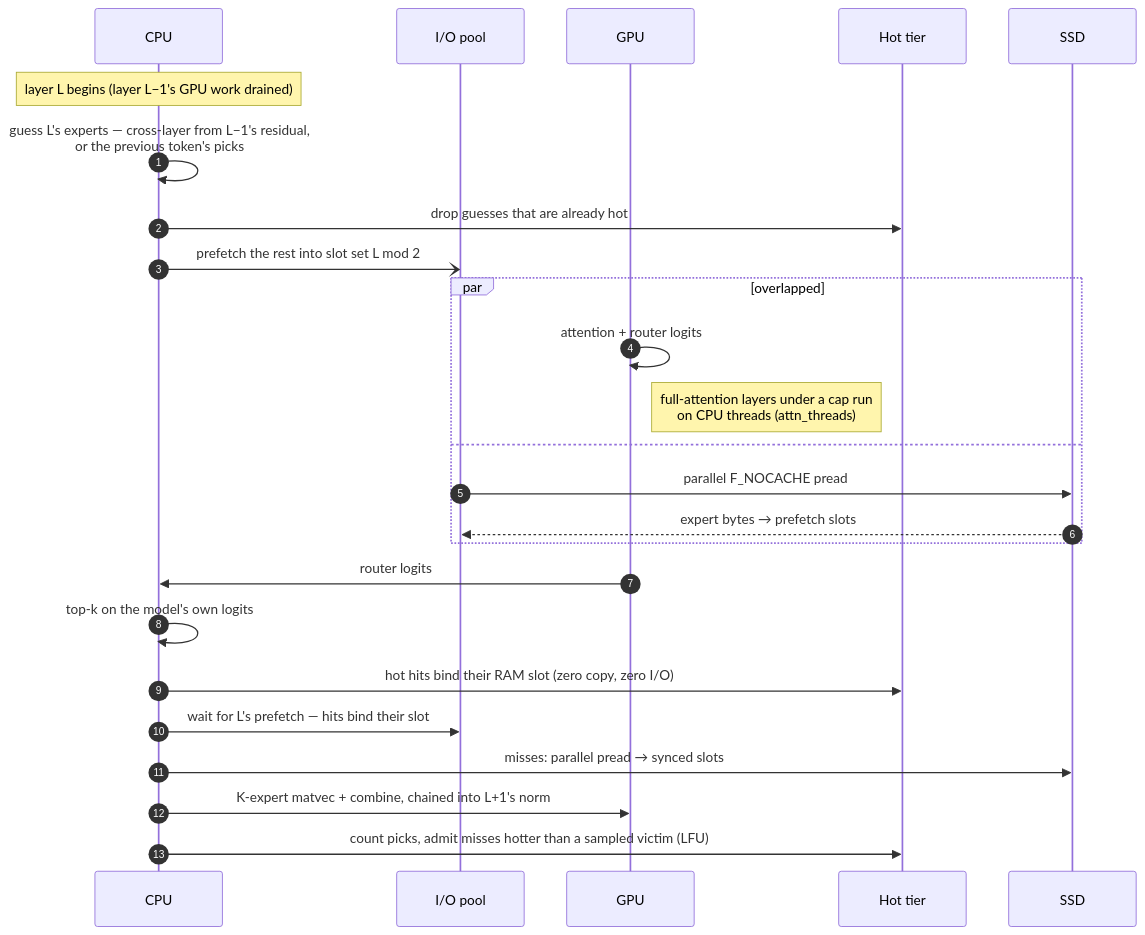
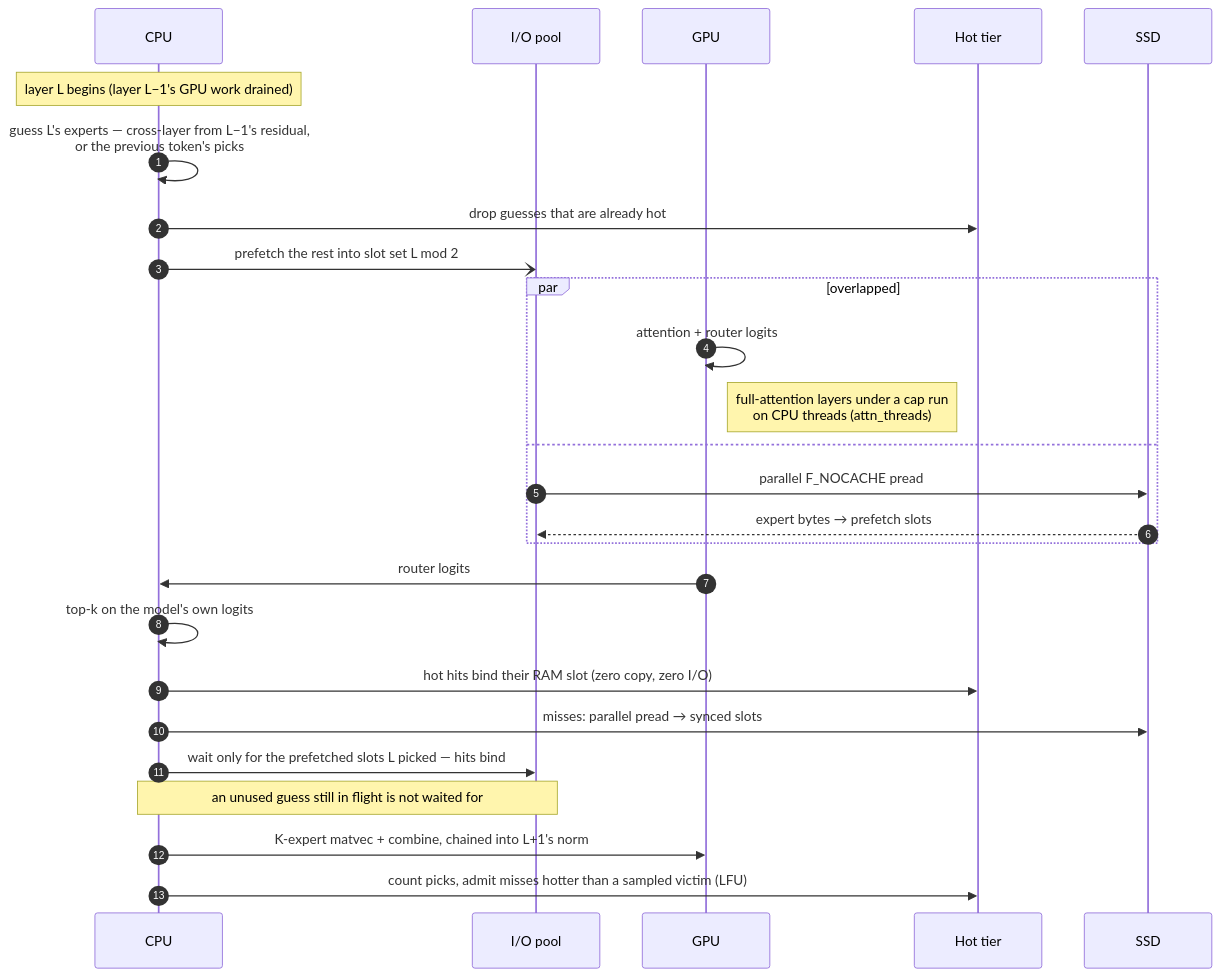
Before and after one commit to transybao1393/streamoe: the fourth of 8 diagrams in README.md, drawn with Mermaid. The commit also changed other lines of this file, not shown here.

First line of the commit message:
docs: README for streammoe, memory reuse and decode-time diagrams

````diff
--- a/README.md
+++ b/README.md
@@ -159,28 +185,29 @@
 ```mermaid
 sequenceDiagram
     autonumber
     participant C as CPU
     participant IO as I/O pool
     participant G as GPU
     participant H as Hot tier
     participant S as SSD
 
     Note over C: layer L begins (layer L−1's GPU work drained)
     C->>C: guess L's experts — cross-layer from L−1's residual,<br/>or the previous token's picks
     C->>H: drop guesses that are already hot
     C-)IO: prefetch the rest into slot set L mod 2
     par overlapped
         G->>G: attention + router logits
         Note right of G: full-attention layers under a cap run<br/>on CPU threads (attn_threads)
     and
         IO->>S: parallel F_NOCACHE pread
         S-->>IO: expert bytes → prefetch slots
     end
     G->>C: router logits
     C->>C: top-k on the model's own logits
     C->>H: hot hits bind their RAM slot (zero copy, zero I/O)
-    C->>IO: wait for L's prefetch — hits bind their slot
     C->>S: misses: parallel pread → synced slots
+    C->>IO: wait only for the prefetched slots L picked — hits bind
+    Note over C,IO: an unused guess still in flight is not waited for
     C->>G: K-expert matvec + combine, chained into L+1's norm
     C->>H: count picks, admit misses hotter than a sampled victim (LFU)
 ```
````
